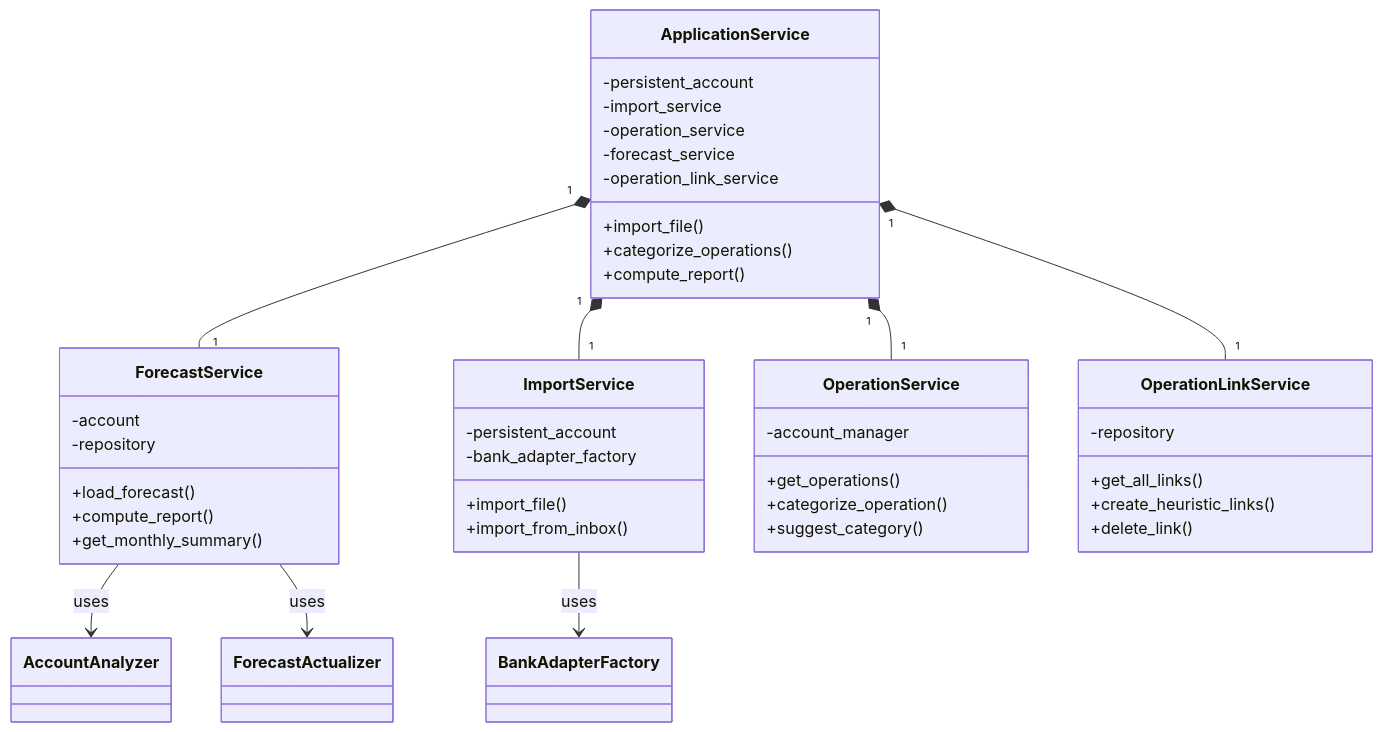
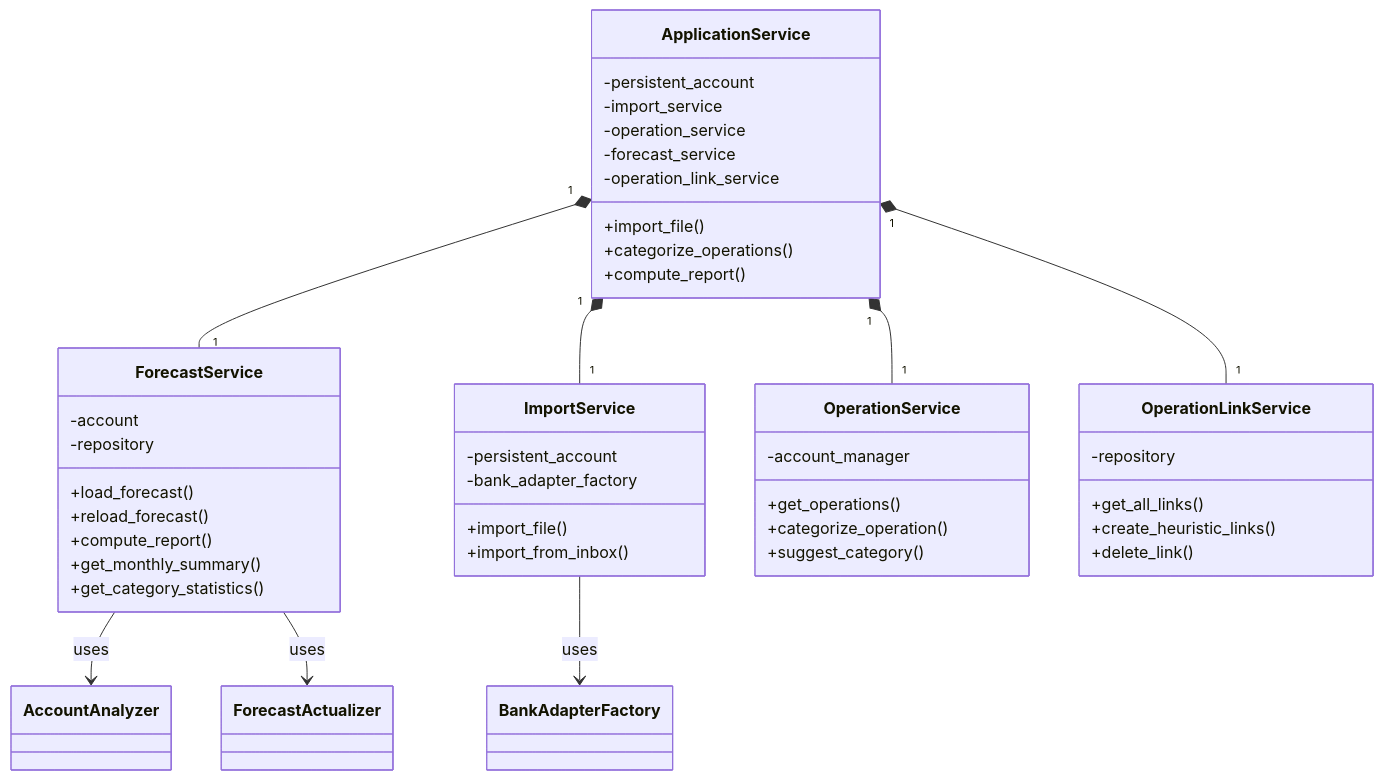
The third of 3 diagrams in docs/dev/persistence.md (corentin-core/budget-forecaster), drawn with Mermaid before and after one commit. The commit also changed 6 other files, not shown here.

First line of the commit message:
docs: comprehensive documentation with architecture fixes and new guides (#181)

````diff
--- a/docs/dev/persistence.md
+++ b/docs/dev/persistence.md
@@ -121,50 +121,52 @@
 ```mermaid
 classDiagram
     class ApplicationService {
         -persistent_account
         -import_service
         -operation_service
         -forecast_service
         -operation_link_service
         +import_file()
         +categorize_operations()
         +compute_report()
     }
 
     class ForecastService {
         -account
         -repository
         +load_forecast()
+        +reload_forecast()
         +compute_report()
         +get_monthly_summary()
+        +get_category_statistics()
     }
 
     class ImportService {
         -persistent_account
         -bank_adapter_factory
         +import_file()
         +import_from_inbox()
     }
 
     class OperationService {
         -account_manager
         +get_operations()
         +categorize_operation()
         +suggest_category()
     }
 
     class OperationLinkService {
         -repository
         +get_all_links()
         +create_heuristic_links()
         +delete_link()
     }
 
     ApplicationService "1" *-- "1" ForecastService
     ApplicationService "1" *-- "1" ImportService
     ApplicationService "1" *-- "1" OperationService
     ApplicationService "1" *-- "1" OperationLinkService
     ForecastService --> AccountAnalyzer : uses
     ForecastService --> ForecastActualizer : uses
     ImportService --> BankAdapterFactory : uses
 ```
````
